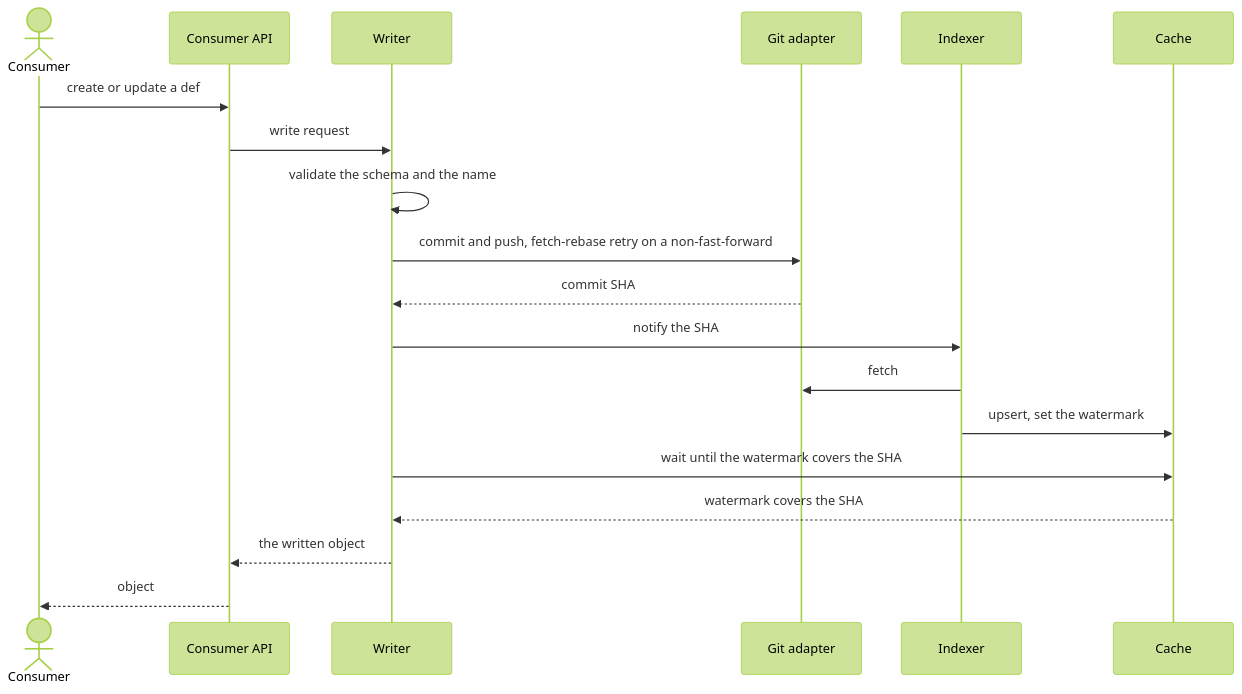
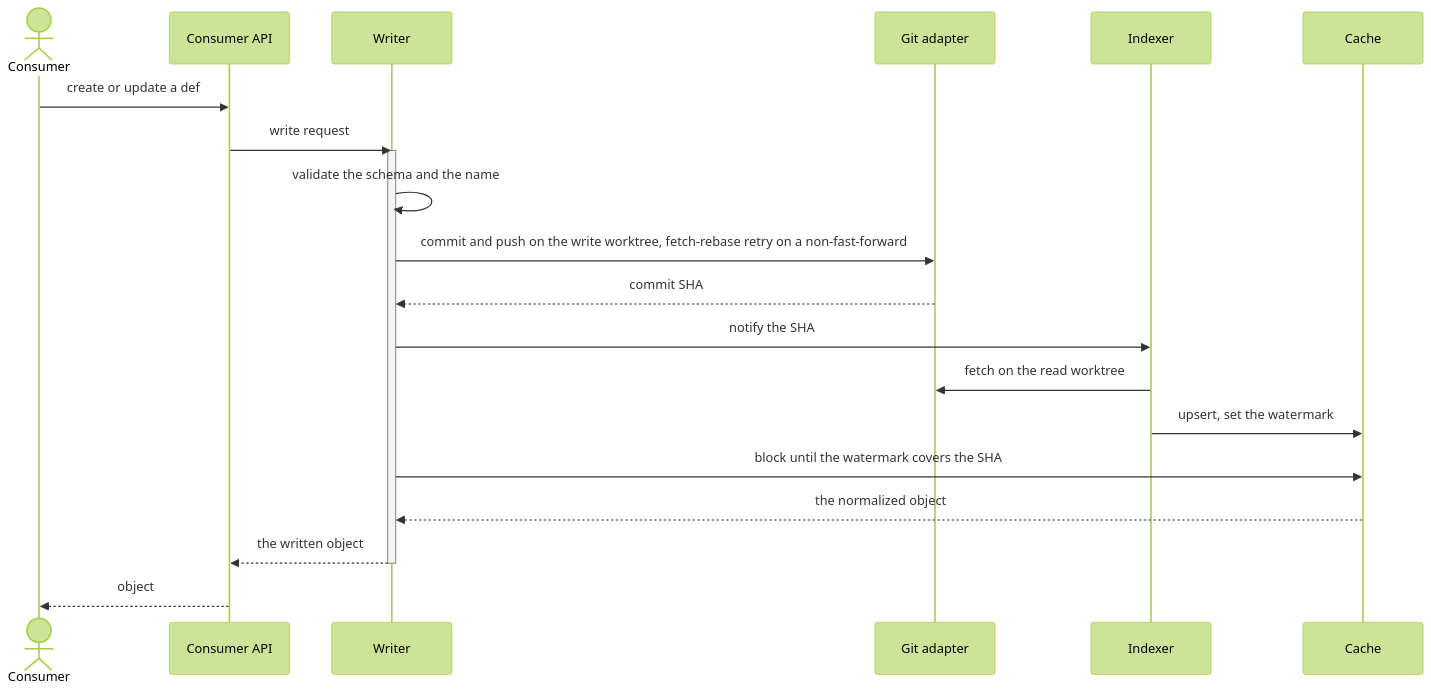
One commit to Netcracker/qubership-envgene changed the fifth of 5 diagrams in docs/analysis/app-reg-def-service/design/architecture.md. Above: the diagram before and after it, drawn with Mermaid (forest theme). The commit also changed other lines of this file, not shown here.

First line of the commit message:
docs: address architecture.md review (round 2)

````diff
--- a/docs/analysis/app-reg-def-service/design/architecture.md
+++ b/docs/analysis/app-reg-def-service/design/architecture.md
@@ -110,21 +110,23 @@
 ```mermaid
 sequenceDiagram
   actor C as Consumer
   participant API as Consumer API
   participant W as Writer
   participant GA as Git adapter
   participant IX as Indexer
   participant Cache
   C->>API: create or update a def
   API->>W: write request
+  activate W
   W->>W: validate the schema and the name
-  W->>GA: commit and push, fetch-rebase retry on a non-fast-forward
+  W->>GA: commit and push on the write worktree, fetch-rebase retry on a non-fast-forward
   GA-->>W: commit SHA
   W->>IX: notify the SHA
-  IX->>GA: fetch
+  IX->>GA: fetch on the read worktree
   IX->>Cache: upsert, set the watermark
-  W->>Cache: wait until the watermark covers the SHA
-  Cache-->>W: watermark covers the SHA
+  W->>Cache: block until the watermark covers the SHA
+  Cache-->>W: the normalized object
   W-->>API: the written object
+  deactivate W
   API-->>C: object
 ```
````
